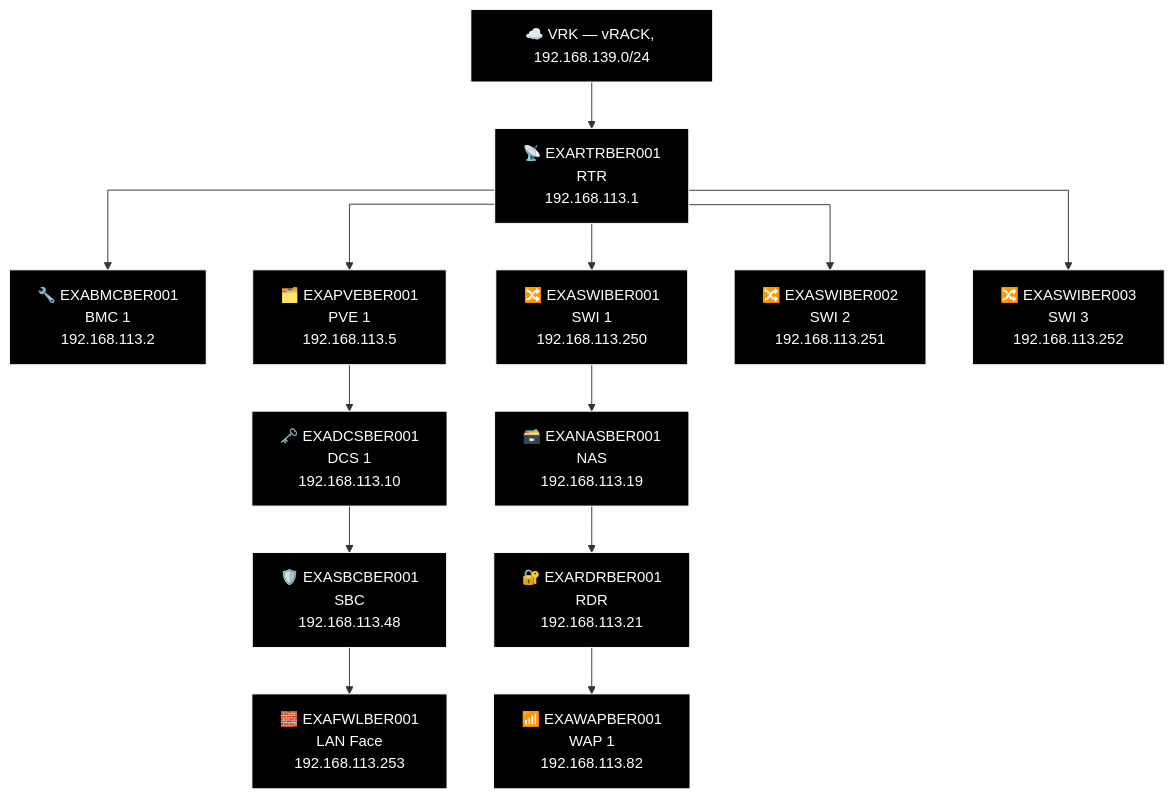
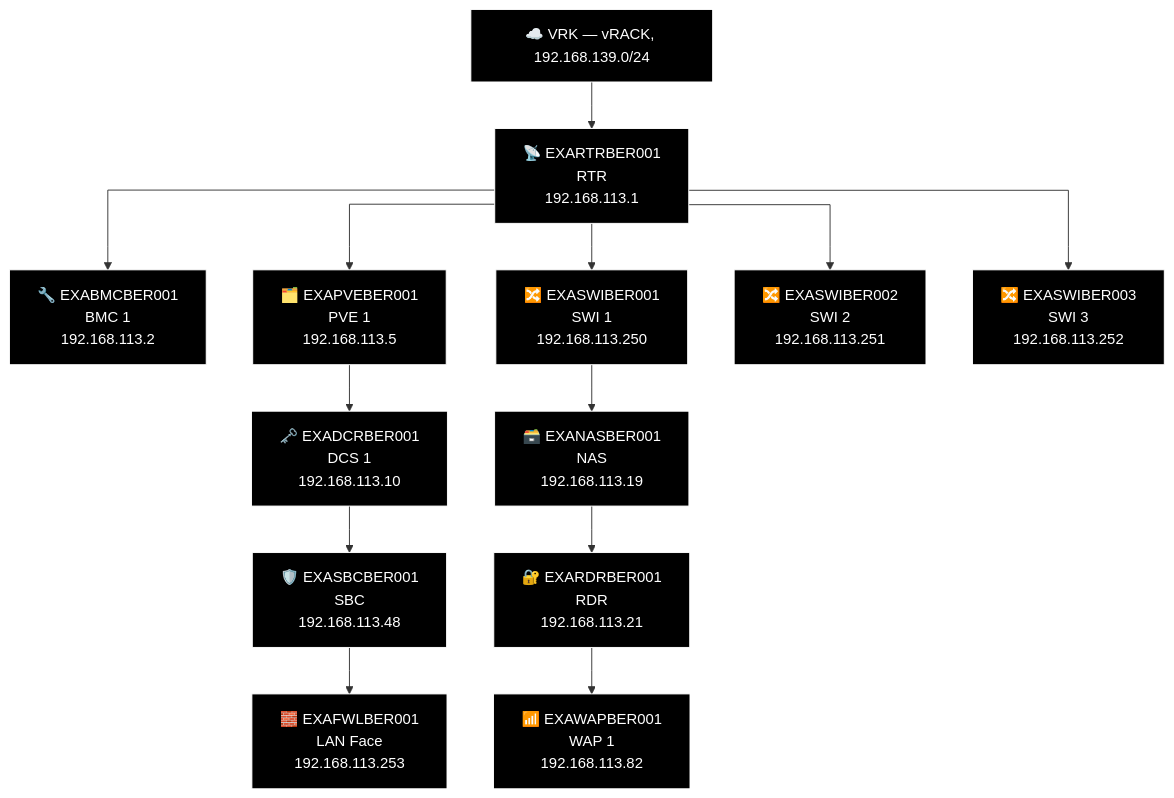
The sixth of 13 diagrams in docs/network-diagram/deutschland.md (knightmare2600/example_music_infra), drawn with Mermaid before and after one commit. The commit also changed other lines of this file and 8 other files, not shown here.

````diff
--- a/docs/network-diagram/deutschland.md
+++ b/docs/network-diagram/deutschland.md
@@ -246,40 +231,40 @@
 ```mermaid
 %% GENERATED:TOPOLOGY:BER:START
 %%{init: {'flowchart': {'curve': 'stepAfter'}}}%%
 graph TD
     T_VRK["☁️ VRK — vRACK, 192.168.139.0/24"]
     T_RTR["📡 EXARTRBER001<br/>RTR<br/>192.168.113.1"]
     T_VRK --> T_RTR
     T_BMC["🔧 EXABMCBER001<br/>BMC 1<br/>192.168.113.2"]
     T_RTR --> T_BMC
     T_PVE["🗂️ EXAPVEBER001<br/>PVE 1<br/>192.168.113.5"]
     T_RTR --> T_PVE
     T_SWI["🔀 EXASWIBER001<br/>SWI 1<br/>192.168.113.250"]
     T_RTR --> T_SWI
     T_SWI2["🔀 EXASWIBER002<br/>SWI 2<br/>192.168.113.251"]
     T_RTR --> T_SWI2
     T_SWI3["🔀 EXASWIBER003<br/>SWI 3<br/>192.168.113.252"]
     T_RTR --> T_SWI3
     T_NAS["🗃️ EXANASBER001<br/>NAS<br/>192.168.113.19"]
     T_RDR["🔐 EXARDRBER001<br/>RDR<br/>192.168.113.21"]
     T_WAP["📶 EXAWAPBER001<br/>WAP 1<br/>192.168.113.82"]
     T_SWI --> T_NAS --> T_RDR --> T_WAP
-    T_DCS["🗝️ EXADCSBER001<br/>DCS 1<br/>192.168.113.10"]
+    T_DCS["🗝️ EXADCRBER001<br/>DCS 1<br/>192.168.113.10"]
     T_SBC["🛡️ EXASBCBER001<br/>SBC<br/>192.168.113.48"]
     T_FWL["🧱 EXAFWLBER001<br/>LAN Face<br/>192.168.113.253"]
     T_PVE --> T_DCS --> T_SBC --> T_FWL
     style T_VRK fill:#000000,stroke:#FFFFFF,color:#FFFFFF
     style T_RTR fill:#000000,stroke:#FFFFFF,color:#FFFFFF
     style T_BMC fill:#000000,stroke:#FFFFFF,color:#FFFFFF
     style T_PVE fill:#000000,stroke:#FFFFFF,color:#FFFFFF
     style T_SWI fill:#000000,stroke:#FFFFFF,color:#FFFFFF
     style T_SWI2 fill:#000000,stroke:#FFFFFF,color:#FFFFFF
     style T_SWI3 fill:#000000,stroke:#FFFFFF,color:#FFFFFF
     style T_NAS fill:#000000,stroke:#FFFFFF,color:#FFFFFF
     style T_RDR fill:#000000,stroke:#FFFFFF,color:#FFFFFF
     style T_WAP fill:#000000,stroke:#FFFFFF,color:#FFFFFF
     style T_DCS fill:#000000,stroke:#FFFFFF,color:#FFFFFF
     style T_SBC fill:#000000,stroke:#FFFFFF,color:#FFFFFF
     style T_FWL fill:#000000,stroke:#FFFFFF,color:#FFFFFF
 %% GENERATED:TOPOLOGY:BER:END
 ```
````
